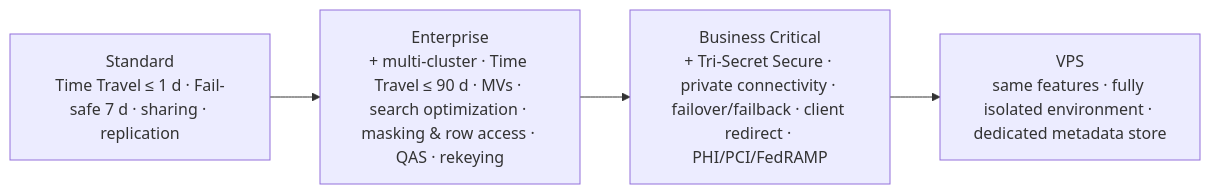
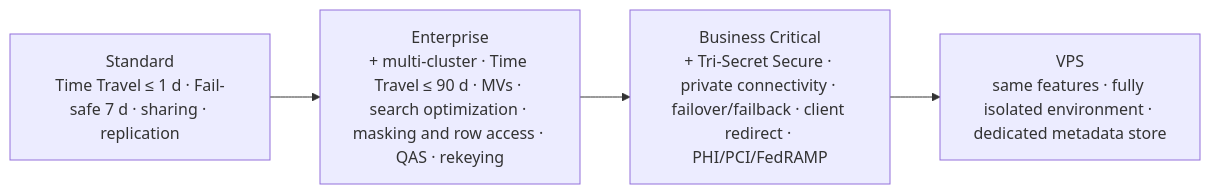
One commit to damian0o/learn_snowflake changed the diagram in vault/Concepts/Snowflake Editions.md. Above: the diagram before and after it, drawn with Mermaid. The commit also changed 5 other files, not shown here.

First line of the commit message:
ci: pitch check joins the gate; docs; Mermaid-safe labels

````diff
--- a/vault/Concepts/Snowflake Editions.md
+++ b/vault/Concepts/Snowflake Editions.md
@@ -9,6 +9,6 @@
 ```mermaid
 flowchart LR
-  S[Standard<br/>Time Travel ≤ 1 d · Fail-safe 7 d · sharing · replication] --> E[Enterprise<br/>+ multi-cluster · Time Travel ≤ 90 d · MVs · search optimization · masking & row access · QAS · rekeying]
+  S[Standard<br/>Time Travel ≤ 1 d · Fail-safe 7 d · sharing · replication] --> E[Enterprise<br/>+ multi-cluster · Time Travel ≤ 90 d · MVs · search optimization · masking and row access · QAS · rekeying]
   E --> B[Business Critical<br/>+ Tri-Secret Secure · private connectivity · failover/failback · client redirect · PHI/PCI/FedRAMP]
   B --> V[VPS<br/>same features · fully isolated environment · dedicated metadata store]
 ```
````
